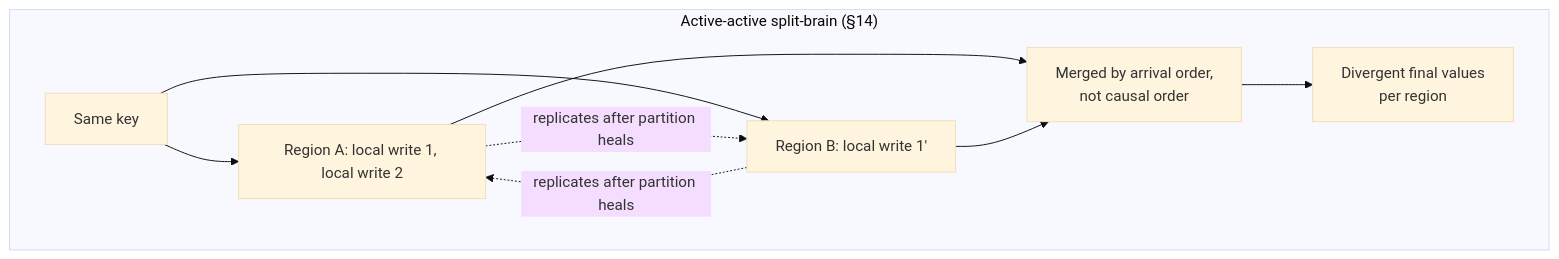
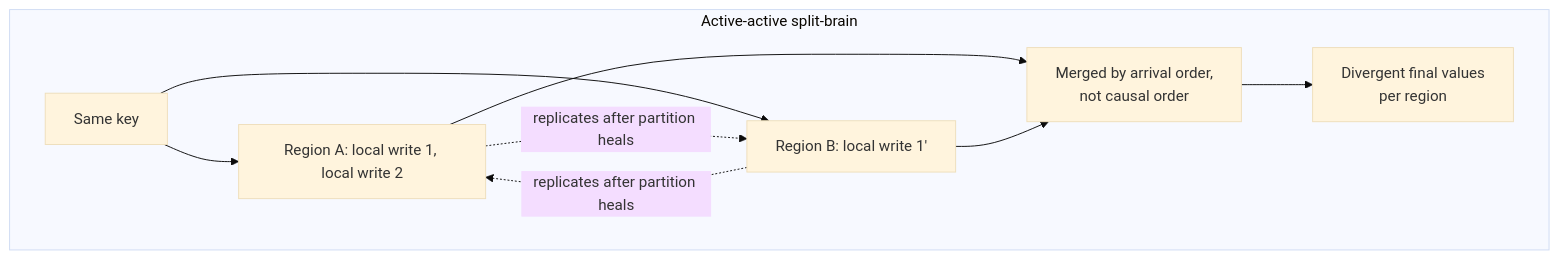
One commit to umashankarp/InterviewQuestions changed the third of 4 diagrams in 18-Event-Driven-Architecture/05-CrossRegion-MultiCluster-Event-Distribution.md. Above: the diagram before and after it, drawn with Mermaid (base theme). The commit also changed other lines of this file and 173 other files, not shown here.

````diff
--- a/18-Event-Driven-Architecture/05-CrossRegion-MultiCluster-Event-Distribution.md
+++ b/18-Event-Driven-Architecture/05-CrossRegion-MultiCluster-Event-Distribution.md
@@ -93,12 +93,12 @@
 ```mermaid
 graph TB
-    subgraph "Active-active split-brain (§14)"
-        K[Same key] --> A1[Region A: local write 1, local write 2]
-        K --> B1[Region B: local write 1']
-        A1 -.replicates after partition heals.-> B1
-        B1 -.replicates after partition heals.-> A1
-        A1 --> M[Merged by arrival order,<br/>not causal order]
-        B1 --> M
-        M --> D[Divergent final values<br/>per region]
-    end
+ subgraph "Active-active split-brain"
+ K[Same key] --> A1[Region A: local write 1, local write 2]
+ K --> B1[Region B: local write 1']
+ A1 -.replicates after partition heals.-> B1
+ B1 -.replicates after partition heals.-> A1
+ A1 --> M[Merged by arrival order,<br/>not causal order]
+ B1 --> M
+ M --> D[Divergent final values<br/>per region]
+ end
 ```
````
